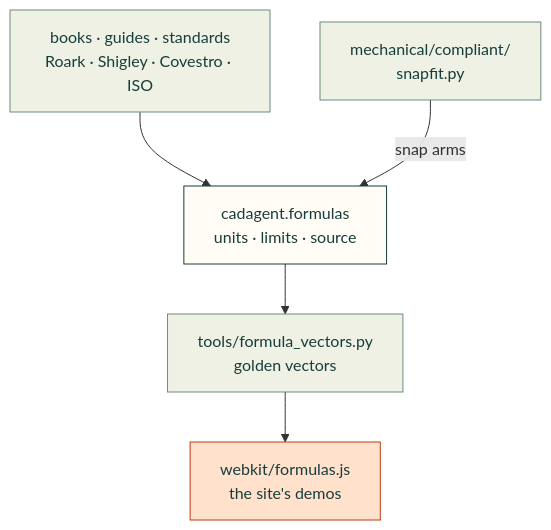
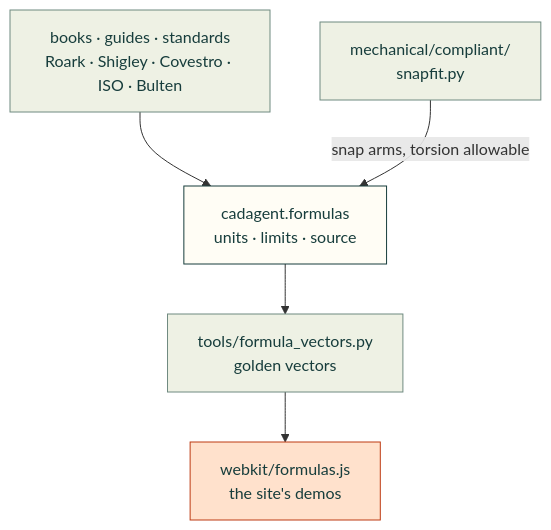
The diagram in src/cadagent/formulas/README.md (Valpatel/cad-agent), drawn with Mermaid before and after one commit. The commit also changed other lines of this file and 11 other files, not shown here.

First line of the commit message:
Torsion-bar snap and screw-in-printed-boss formulas (#161)

````diff
--- a/src/cadagent/formulas/README.md
+++ b/src/cadagent/formulas/README.md
@@ -21,13 +22,13 @@
 ```mermaid
 flowchart TD
-    S["books · guides · standards<br/>Roark · Shigley · Covestro · ISO"] --> F["cadagent.formulas<br/>units · limits · source"]
-    C["mechanical/compliant/<br/>snapfit.py"] -->|"snap arms"| F
+    S["books · guides · standards<br/>Roark · Shigley · Covestro · ISO · Bulten"] --> F["cadagent.formulas<br/>units · limits · source"]
+    C["mechanical/compliant/<br/>snapfit.py"] -->|"snap arms, torsion allowable"| F
     F --> V["tools/formula_vectors.py<br/>golden vectors"]
     V --> W["webkit/formulas.js<br/>the site's demos"]
     classDef here fill:#fffdf5,stroke:#173d3c,color:#173d3c
     classDef near fill:#eef1e4,stroke:#6f8a80,color:#173d3c
     classDef out fill:#ffe1cc,stroke:#bd3a12,color:#173d3c
     class F here
     class S,C,V near
     class W out
 ```
````
